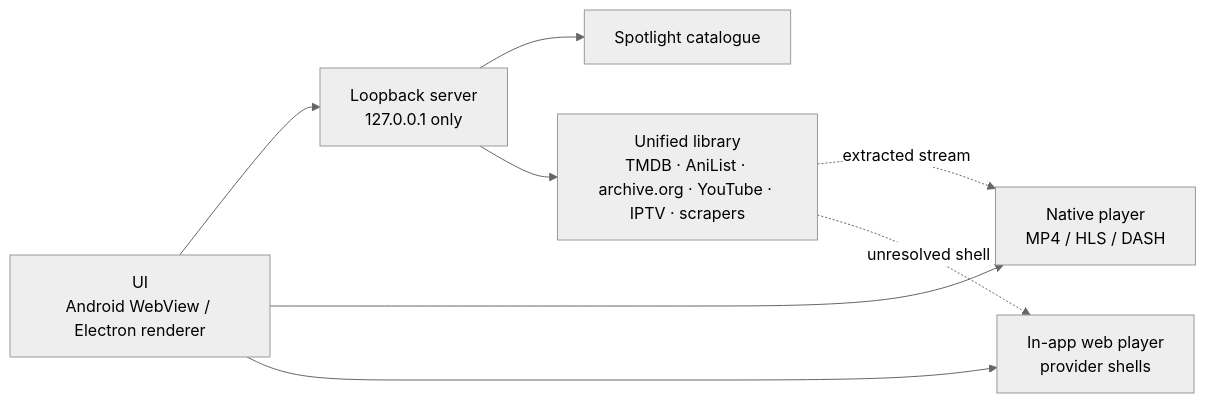
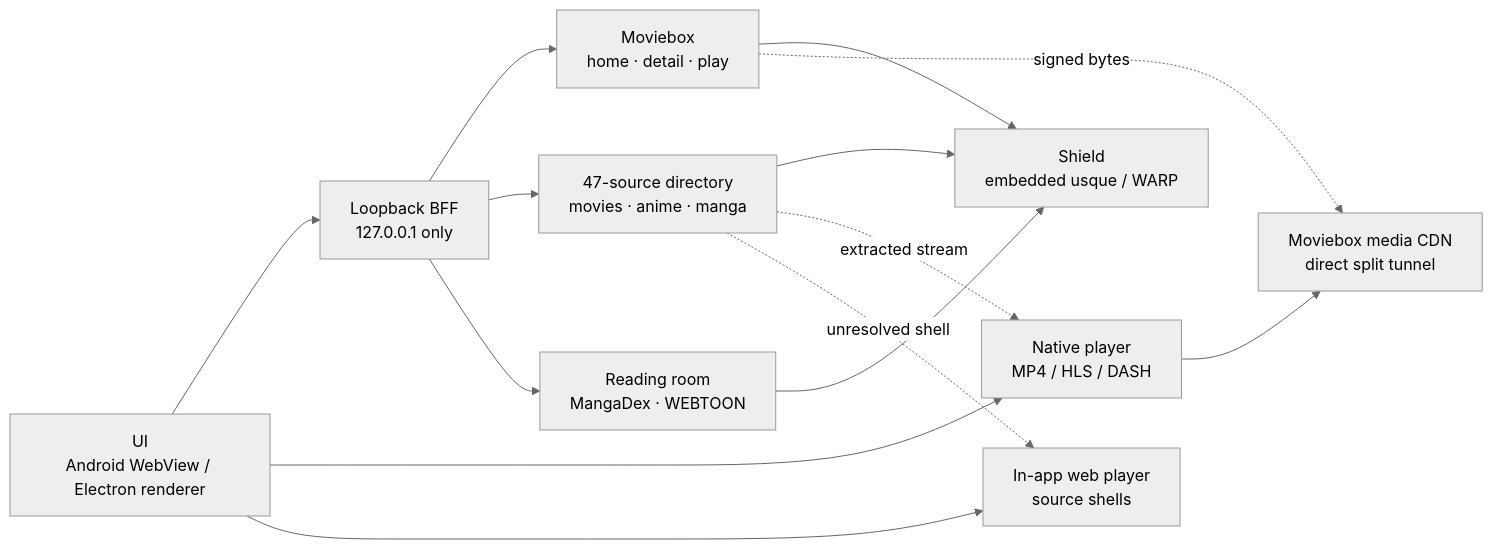
One commit to mohdziauddin2006-cloud/superbox changed the diagram in docs/ARCHITECTURE.md. Above: the diagram before and after it, drawn with Mermaid (neutral theme). The commit also changed other lines of this file and 9 other files, not shown here.

````diff
--- a/docs/ARCHITECTURE.md
+++ b/docs/ARCHITECTURE.md
@@ -7,17 +8,26 @@
 ```mermaid
 flowchart LR
     UI["UI<br/>Android WebView / Electron renderer"]
-    LS["Loopback server<br/>127.0.0.1 only"]
-    SPOT["Spotlight catalogue"]
-    LIB["Unified library<br/>TMDB · AniList · archive.org · YouTube · IPTV · scrapers"]
+    LS["Loopback BFF<br/>127.0.0.1 only"]
+    VPN["Shield<br/>embedded usque / WARP"]
+    SPOT["Moviebox<br/>home · detail · play"]
+    LIB["47-source directory<br/>movies · anime · manga"]
+    READ["Reading room<br/>MangaDex · WEBTOON"]
     PLAYER["Native player<br/>MP4 / HLS / DASH"]
-    WEB["In-app web player<br/>provider shells"]
+    WEB["In-app web player<br/>source shells"]
+    CDN["Moviebox media CDN<br/>direct split tunnel"]
 
     UI --> LS
     LS --> SPOT
     LS --> LIB
+    LS --> READ
+    SPOT --> VPN
+    LIB --> VPN
+    READ --> VPN
     UI --> PLAYER
     UI --> WEB
+    SPOT -. signed bytes .-> CDN
     LIB -. extracted stream .-> PLAYER
     LIB -. unresolved shell .-> WEB
+    PLAYER --> CDN
 ```
````
